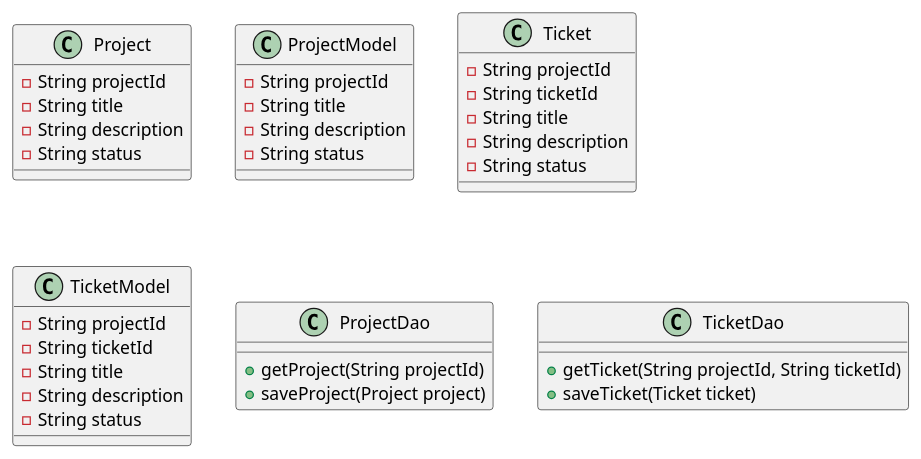
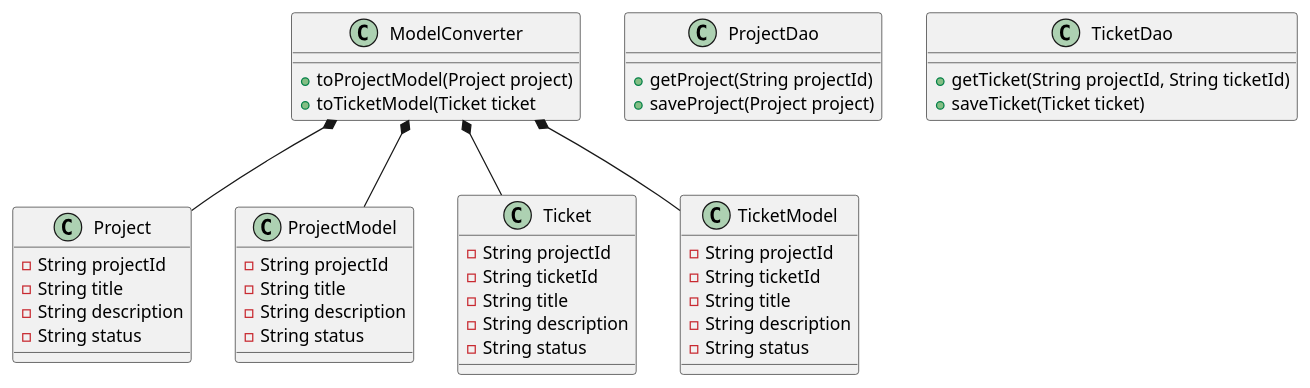
The diagram in MusicPlaylistServiceLambda/src/main/resources/ClassDiagram.puml (gabeguio/project-buddy), drawn with PlantUML before and after one commit. The commit also changed 4 other files, not shown here.

Commit message:
updated ModelConverter class to use our Ticket and Project classes, reflected this in the class diagram

```diff
--- a/MusicPlaylistServiceLambda/src/main/resources/ClassDiagram.puml
+++ b/MusicPlaylistServiceLambda/src/main/resources/ClassDiagram.puml
@@ -1,49 +1,58 @@
 @startuml
 
 class Project {
 - String projectId
 - String title
 - String description
 - String status
 }
 
 class ProjectModel {
 - String projectId
 - String title
 - String description
 - String status
 }
 
 class Ticket {
 - String projectId
 - String ticketId
 - String title
 - String description
 - String status
 }
 
 class TicketModel {
 - String projectId
 - String ticketId
 - String title
 - String description
 - String status
 }
 
 class ProjectDao {
 +getProject(String projectId)
 +saveProject(Project project)
 
 }
 
 class TicketDao {
 +getTicket(String projectId, String ticketId)
 +saveTicket(Ticket ticket)
 
 }
 
+class ModelConverter {
++toProjectModel(Project project)
++toTicketModel(Ticket ticket
+}
+
+ModelConverter *-- Project
+ModelConverter *-- ProjectModel
+ModelConverter *-- Ticket
+ModelConverter *-- TicketModel
 
 
 
 
 @enduml
```
